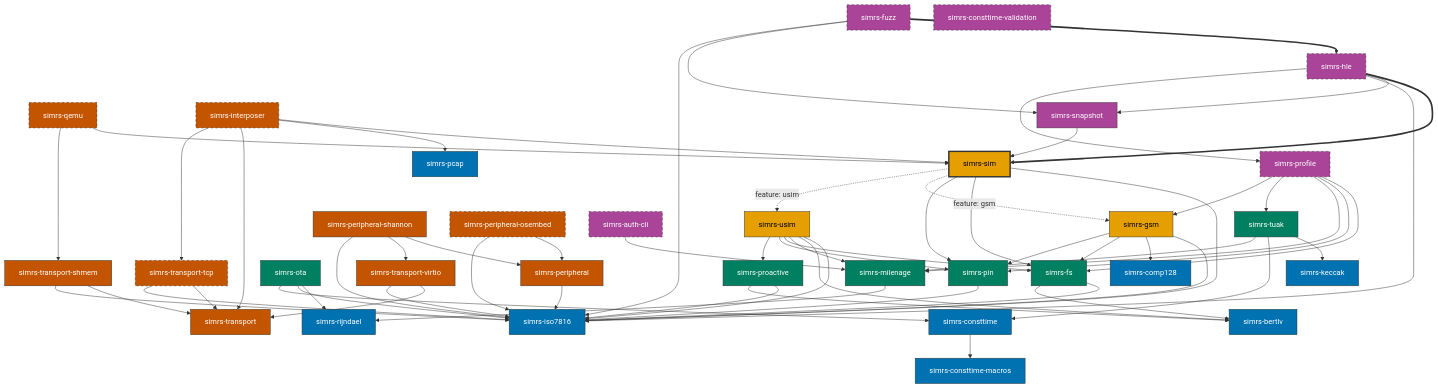
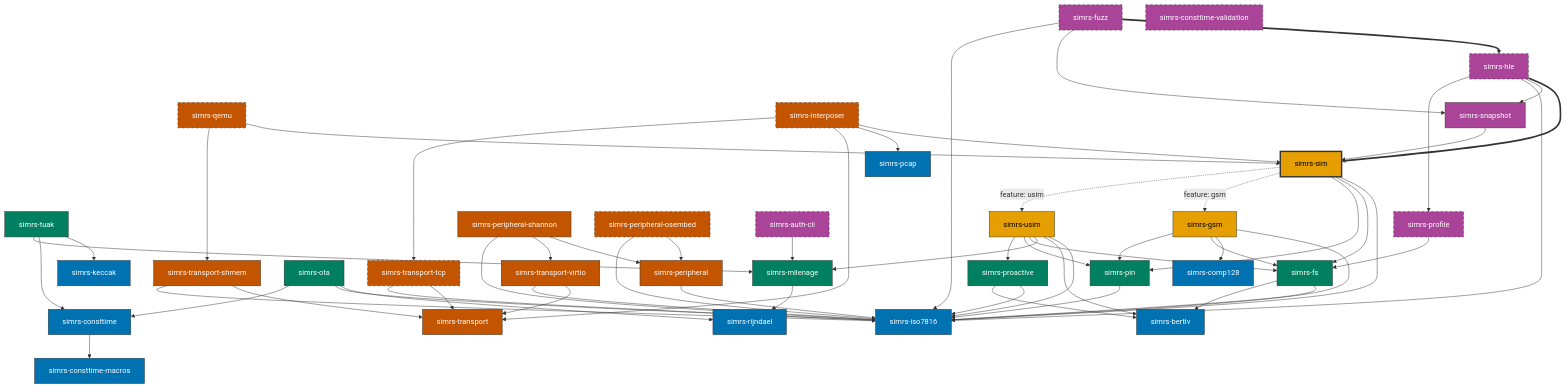
One commit to jaesharp/simrs changed the first of 4 diagrams in docs/architecture.md. Above: the diagram before and after it, drawn with Mermaid. The commit also changed other lines of this file and 1 other file, not shown here.

Commit message:
fix: sync INDEX.md and architecture.md with actual crate state
- Add 3 missing consttime crates to INDEX.md table and graph
- Remove stale simrs-profile dependency edges (pin, milenage, tuak,
  gsm, der) from both INDEX.md and architecture.md graphs
- Update PE types list in architecture.md (7 -> 15 types)
- Fix simrs-profile deps description to match Cargo.toml (fs only)

```diff
--- a/docs/architecture.md
+++ b/docs/architecture.md
@@ -173,10 +173,6 @@
     FUZZ    --> ISO
     AUTH    --> MIL
     PROF    --> FS
-    PROF    --> PIN
-    PROF    --> MIL
-    PROF    --> TUAK
-    PROF    --> GSM
     HLE     --> PROF
 
     %% Per DIAGRAM_STYLE_GUIDE.md
```
